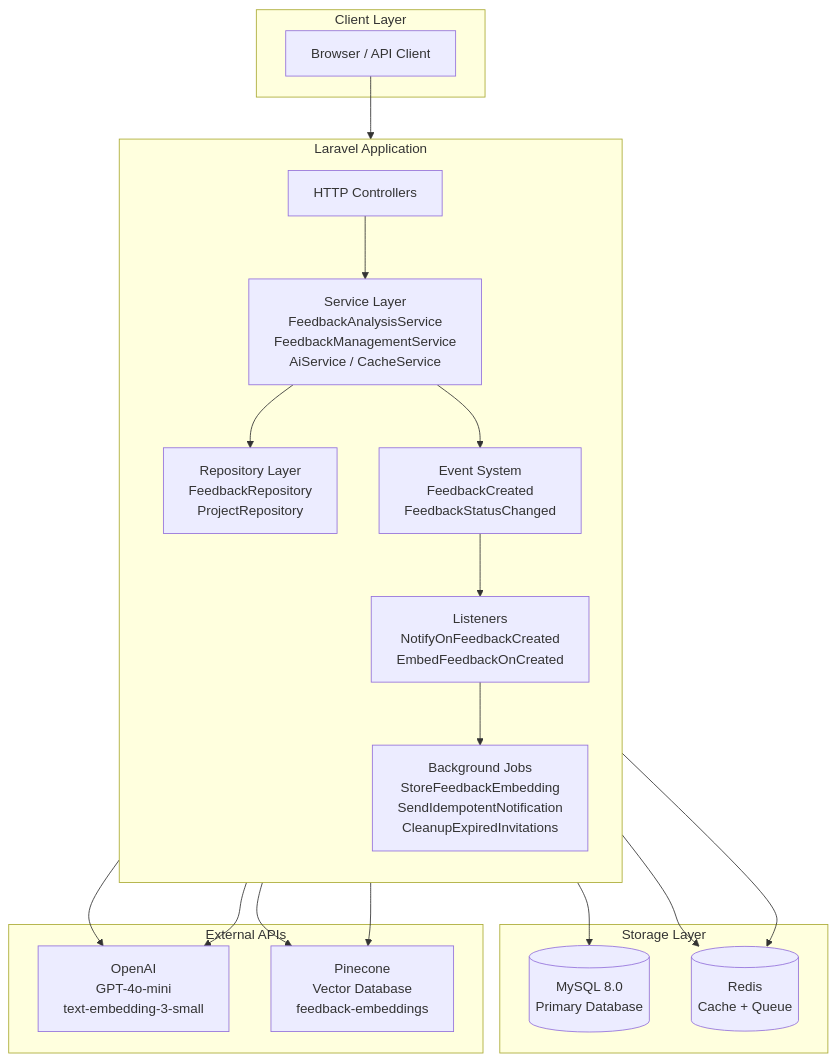
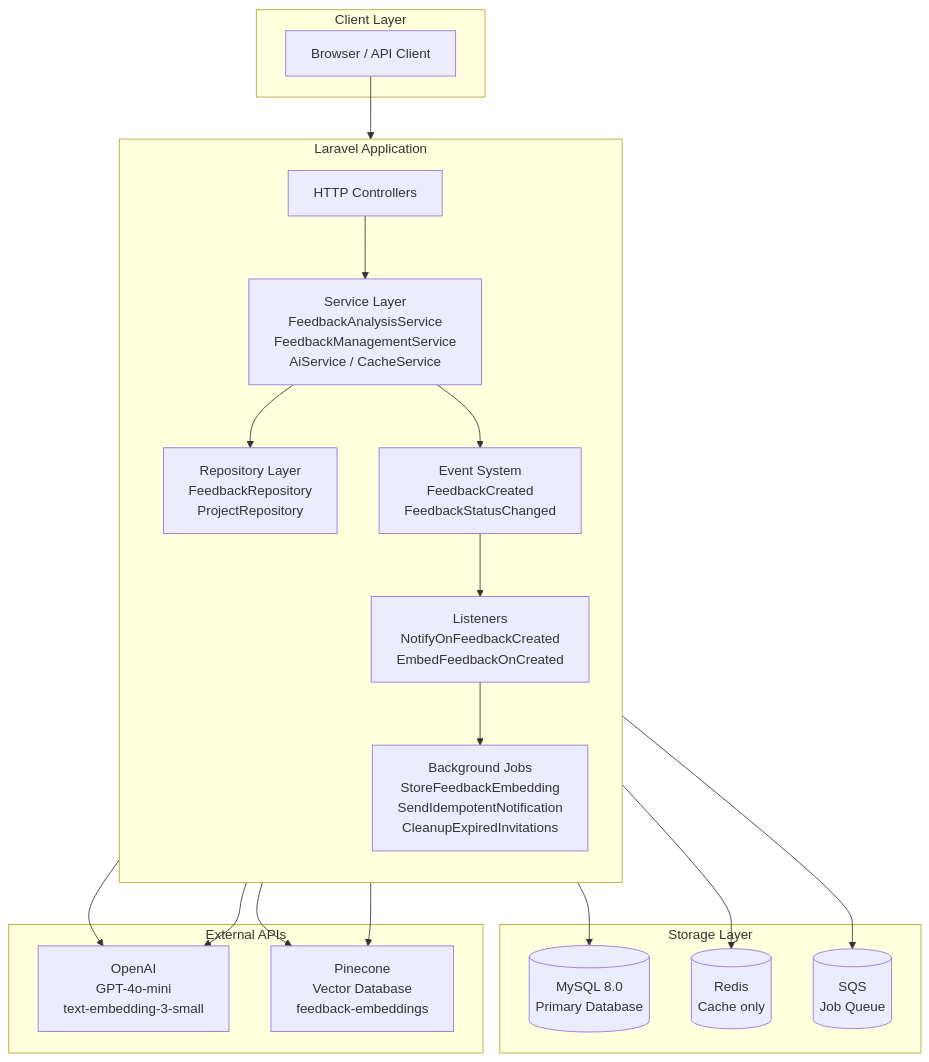
One commit to SunnyC0d3/feedbackhub changed the first of 6 diagrams in docs/DIAGRAMS.md. Above: the diagram before and after it, drawn with Mermaid. The commit also changed other lines of this file and 12 other files, not shown here.

````diff
--- a/docs/DIAGRAMS.md
+++ b/docs/DIAGRAMS.md
@@ -11,40 +11,41 @@
 ```mermaid
 graph TB
     subgraph Client["Client Layer"]
         UI[Browser / API Client]
     end
 
     subgraph App["Laravel Application"]
         direction TB
         HTTP[HTTP Controllers]
         SVC[Service Layer<br/>FeedbackAnalysisService<br/>FeedbackManagementService<br/>AiService / CacheService]
         REPO[Repository Layer<br/>FeedbackRepository<br/>ProjectRepository]
         EVENTS[Event System<br/>FeedbackCreated<br/>FeedbackStatusChanged]
         LISTENERS[Listeners<br/>NotifyOnFeedbackCreated<br/>EmbedFeedbackOnCreated]
         JOBS[Background Jobs<br/>StoreFeedbackEmbedding<br/>SendIdempotentNotification<br/>CleanupExpiredInvitations]
     end
 
     subgraph Storage["Storage Layer"]
         MYSQL[(MySQL 8.0<br/>Primary Database)]
-        REDIS[(Redis<br/>Cache + Queue)]
+        REDIS[(Redis<br/>Cache only)]
+        SQS[(SQS<br/>Job Queue)]
     end
 
     subgraph External["External APIs"]
         OPENAI[OpenAI<br/>GPT-4o-mini<br/>text-embedding-3-small]
         PINECONE[Pinecone<br/>Vector Database<br/>feedback-embeddings]
     end
 
     UI --> HTTP
     HTTP --> SVC
     SVC --> REPO
     REPO --> MYSQL
     SVC --> EVENTS
     EVENTS --> LISTENERS
     LISTENERS --> JOBS
-    JOBS --> REDIS
+    JOBS --> SQS
     SVC --> REDIS
     JOBS --> OPENAI
     JOBS --> PINECONE
     SVC --> OPENAI
     SVC --> PINECONE
 ```
````
